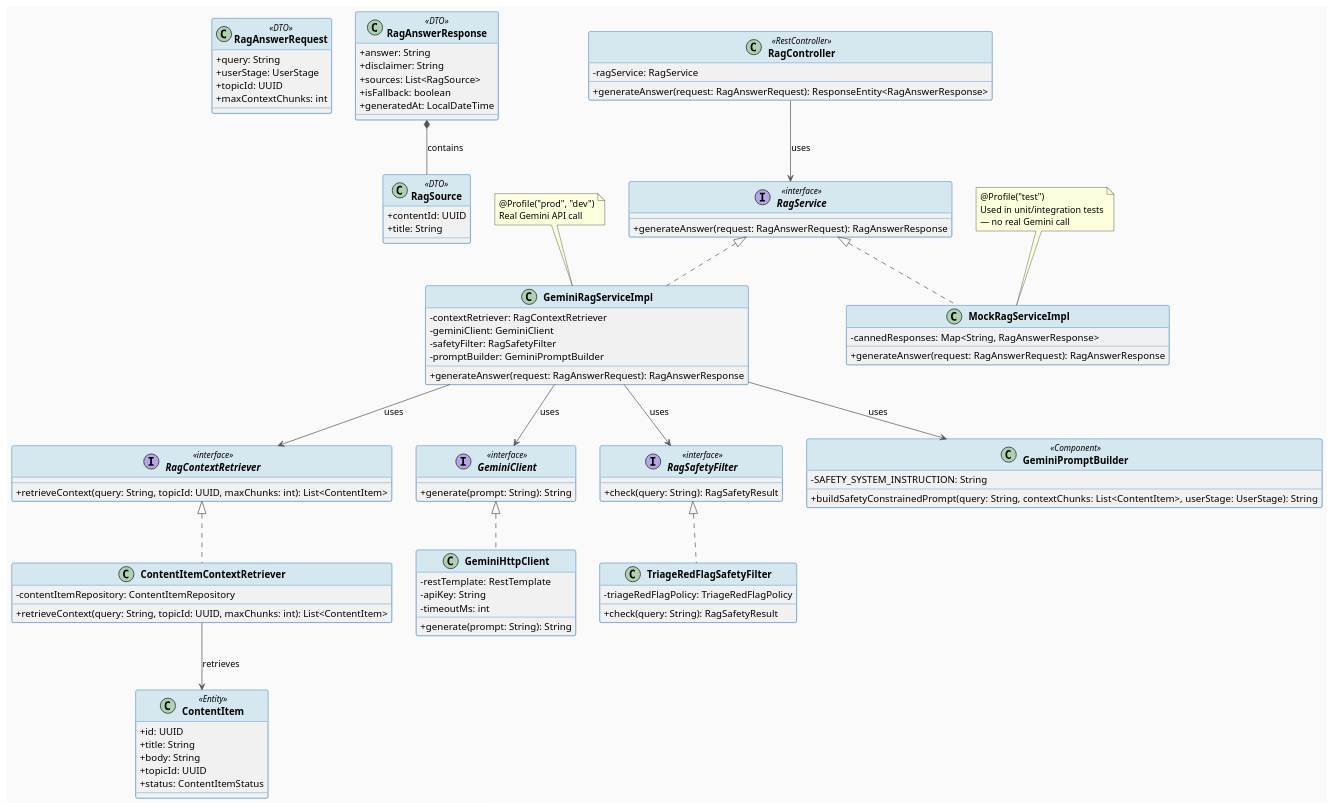
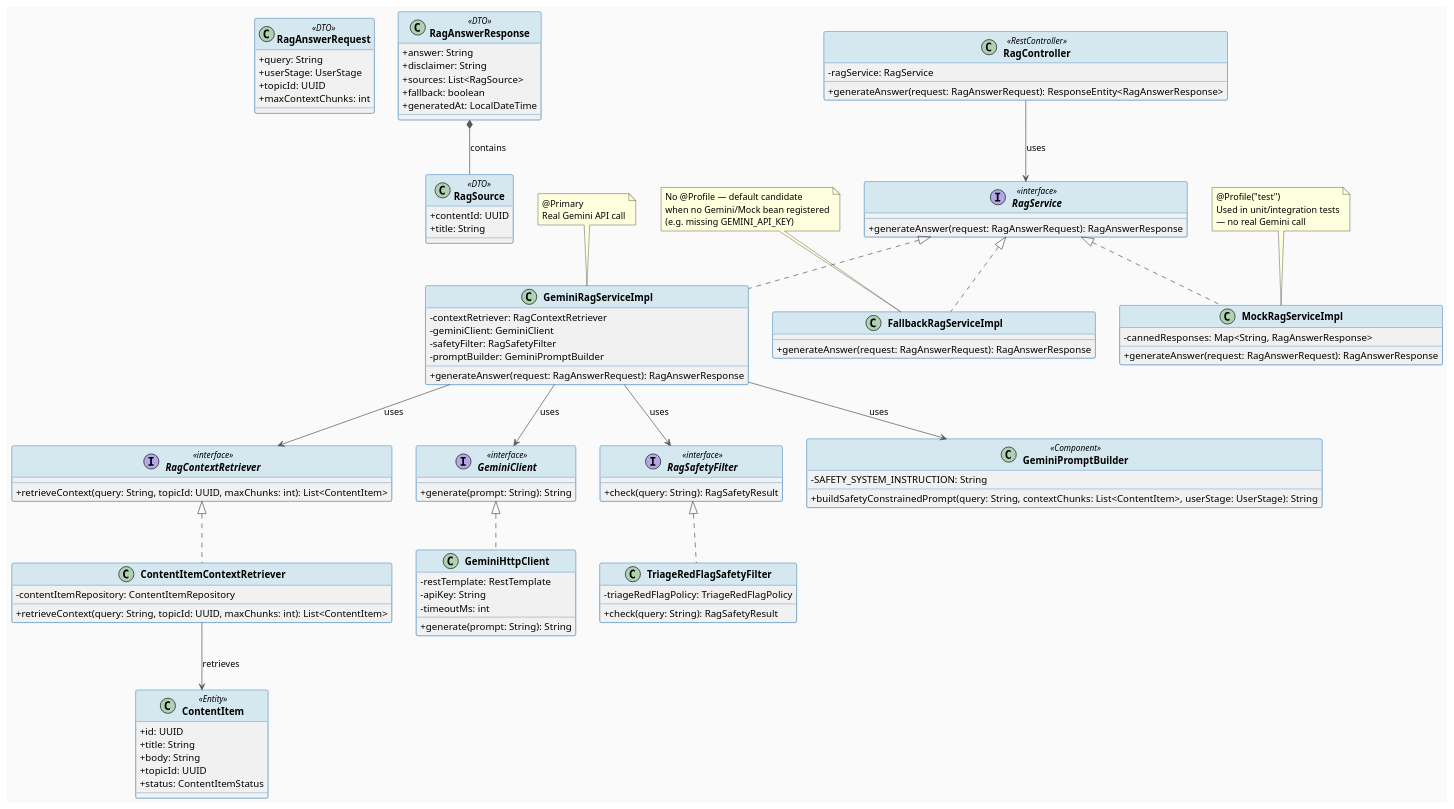
Before and after one commit to ChuongBDHE172784/CareBridge_SEP490_G79: the first of 5 diagrams in 04_Implement/UC132_GenerateRAGAnswer/UC132_GenerateRAGAnswer_TDS.md, drawn with PlantUML. The commit also changed other lines of this file and 93 other files, not shown here.

```diff
--- a/04_Implement/UC132_GenerateRAGAnswer/UC132_GenerateRAGAnswer_TDS.md
+++ b/04_Implement/UC132_GenerateRAGAnswer/UC132_GenerateRAGAnswer_TDS.md
@@ -271,7 +273,7 @@
   + answer: String
   + disclaimer: String
   + sources: List<RagSource>
-  + isFallback: boolean
+  + fallback: boolean
   + generatedAt: LocalDateTime
 }
 
@@ -308,6 +310,10 @@
 
 class MockRagServiceImpl implements RagService {
   - cannedResponses: Map<String, RagAnswerResponse>
+  + generateAnswer(request: RagAnswerRequest): RagAnswerResponse
+}
+
+class FallbackRagServiceImpl implements RagService {
   + generateAnswer(request: RagAnswerRequest): RagAnswerResponse
 }
 
@@ -363,8 +369,14 @@
 end note
 
 note top of GeminiRagServiceImpl
-  @Profile("prod", "dev")
+  @Primary
   Real Gemini API call
+end note
+
+note top of FallbackRagServiceImpl
+  No @Profile — default candidate
+  when no Gemini/Mock bean registered
+  (e.g. missing GEMINI_API_KEY)
 end note
 
 @enduml
```
